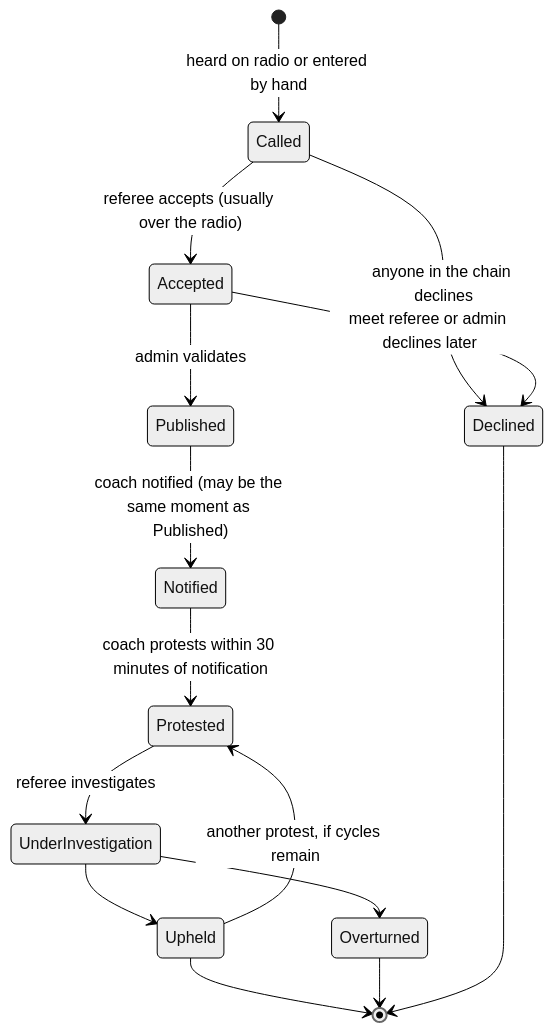
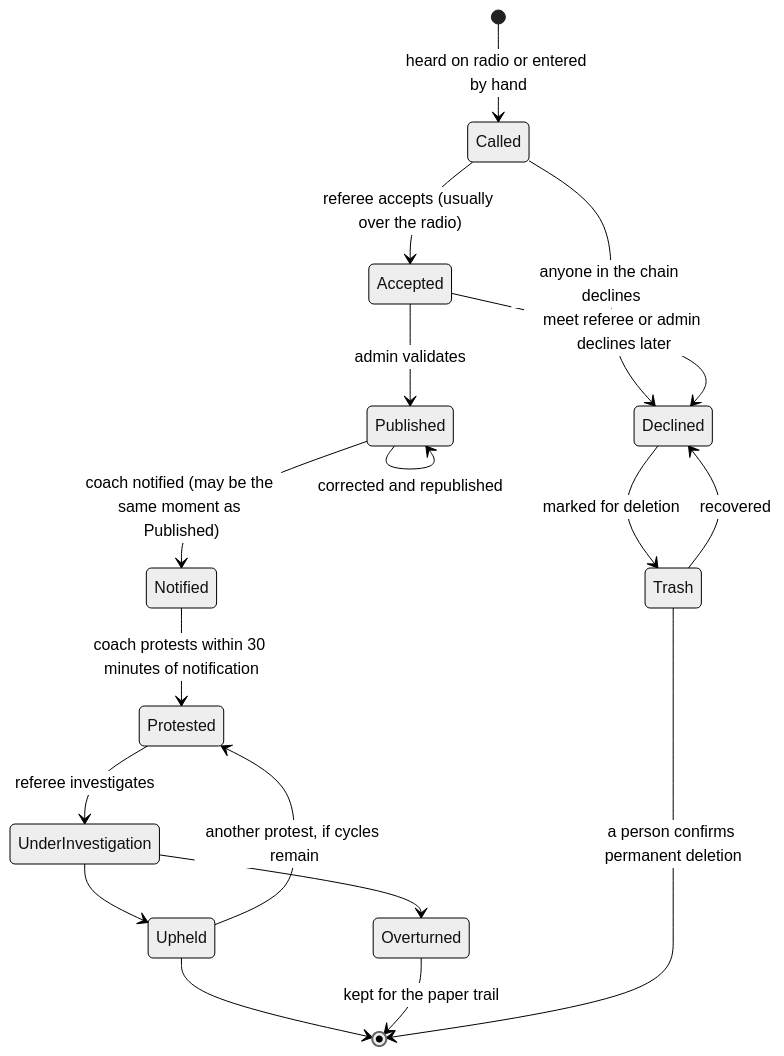
The third of 3 diagrams in ai_docs/product_plan.md (mizraith/dq_transcribe), drawn with Mermaid (neutral theme) before and after one commit. The commit also changed other lines of this file and 1 other file, not shown here.

First line of the commit message:
Plan: trash bin, Notified-by drop-down, correct-and-republish

````diff
--- a/ai_docs/product_plan.md
+++ b/ai_docs/product_plan.md
@@ -159,17 +160,20 @@
 ```mermaid
 stateDiagram-v2
     [*] --> Called: heard on radio or entered by hand
     Called --> Accepted: referee accepts (usually over the radio)
     Called --> Declined: anyone in the chain declines
     Accepted --> Declined: meet referee or admin declines later
     Accepted --> Published: admin validates
     Published --> Notified: coach notified (may be the same moment as Published)
     Notified --> Protested: coach protests within 30 minutes of notification
     Protested --> UnderInvestigation: referee investigates
     UnderInvestigation --> Upheld
     UnderInvestigation --> Overturned
     Upheld --> Protested: another protest, if cycles remain
     Upheld --> [*]
-    Overturned --> [*]
-    Declined --> [*]
+    Overturned --> [*]: kept for the paper trail
+    Declined --> Trash: marked for deletion
+    Trash --> Declined: recovered
+    Trash --> [*]: a person confirms permanent deletion
+    Published --> Published: corrected and republished
 ```
````
